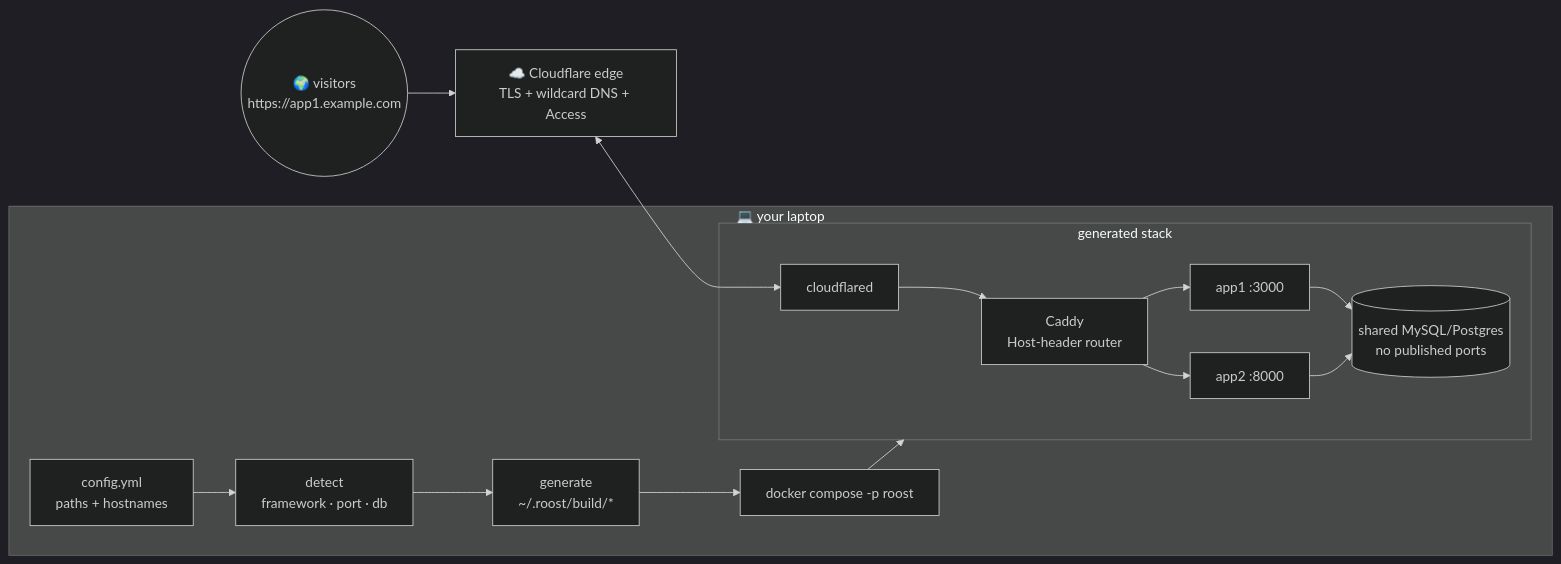
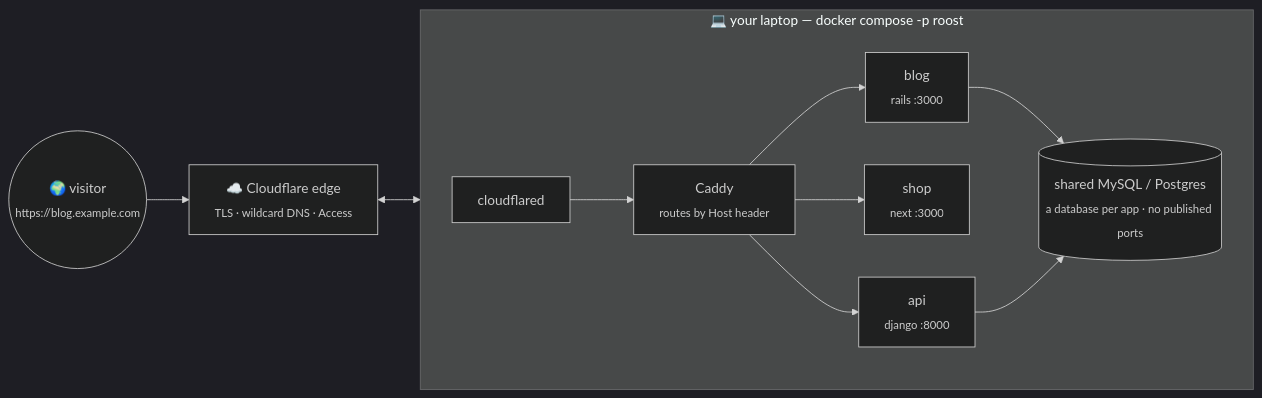
Before and after one commit to cdrrazan/Roost: the second of 5 diagrams in README.md, drawn with Mermaid (dark theme). The commit also changed other lines of this file, not shown here.

First line of the commit message:
docs: refactor README — graphics + this session's features

````diff
--- a/README.md
+++ b/README.md
@@ -44,17 +70,18 @@
 ```mermaid
 flowchart LR
-    subgraph laptop["💻 your laptop"]
-        CFG["config.yml<br/>paths + hostnames"] --> DET["detect<br/>framework · port · db"]
-        DET --> GEN["generate<br/>~/.roost/build/*"]
-        GEN --> DC["docker compose -p roost"]
-        subgraph stack["generated stack"]
-            CADDY["Caddy<br/>Host-header router"] --> A1["app1 :3000"]
-            CADDY --> A2["app2 :8000"]
-            A1 & A2 --> DB[("shared MySQL/Postgres<br/>no published ports")]
-            CFD["cloudflared"] --> CADDY
-        end
-        DC --> stack
+    USER(("🌍 visitor<br/><sub>https://blog.example.com</sub>"))
+    EDGE["☁️ Cloudflare edge<br/><sub>TLS · wildcard DNS · Access</sub>"]
+    subgraph laptop["💻 your laptop — docker compose -p roost"]
+        direction LR
+        CFD["cloudflared"]
+        CADDY["Caddy<br/><sub>routes by Host header</sub>"]
+        A1["blog<br/><sub>rails :3000</sub>"]
+        A2["shop<br/><sub>next :3000</sub>"]
+        A3["api<br/><sub>django :8000</sub>"]
+        DB[("shared MySQL / Postgres<br/><sub>a database per app · no published ports</sub>")]
+        CFD --> CADDY
+        CADDY --> A1 & A2 & A3
+        A1 & A3 --> DB
     end
-    EDGE["☁️ Cloudflare edge<br/>TLS + wildcard DNS + Access"] <--> CFD
-    USER(("🌍 visitors<br/>https://app1.example.com")) --> EDGE
+    USER --> EDGE <--> CFD
 ```
````
